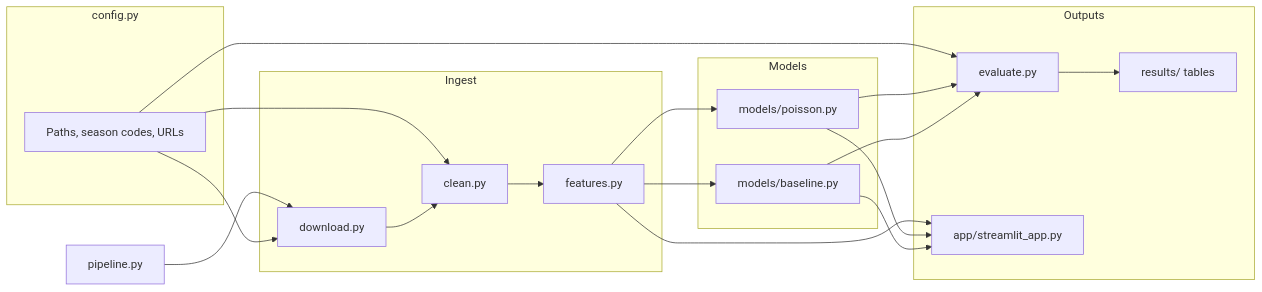
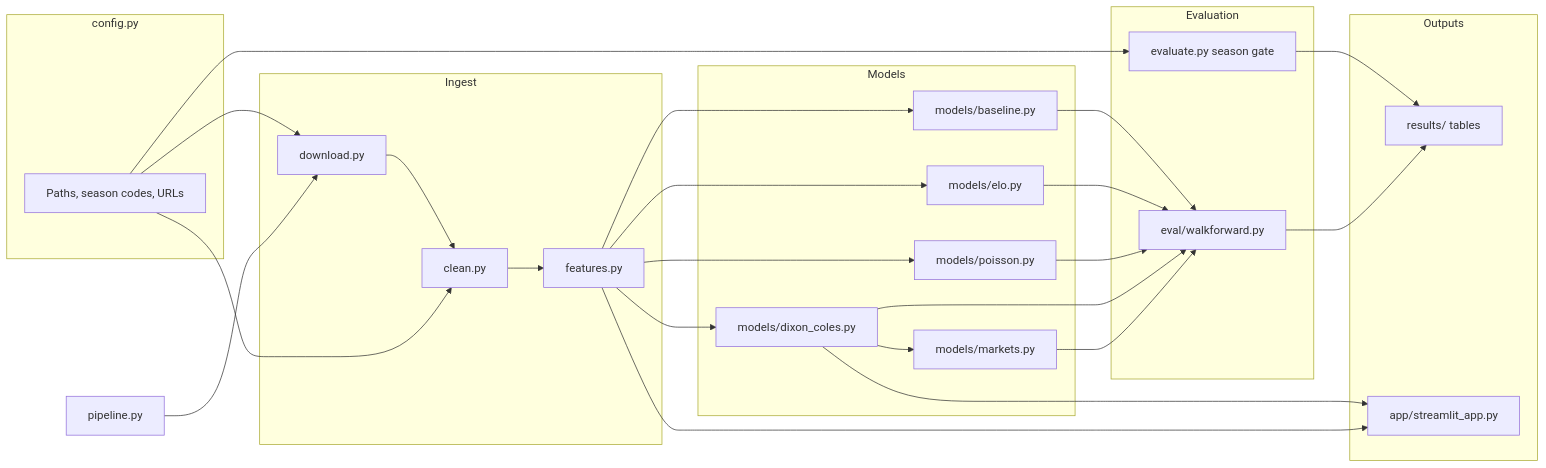
The diagram in README.md (LeonardJennnings/premier-league-prediction-engine), drawn with Mermaid before and after one commit. The commit also changed other lines of this file and 8 other files, not shown here.

````diff
--- a/README.md
+++ b/README.md
@@ -11,38 +11,51 @@
 ```mermaid
 flowchart LR
     subgraph config [config.py]
         Settings["Paths, season codes, URLs"]
     end
 
     subgraph ingest [Ingest]
         Download["download.py"]
         Clean["clean.py"]
         Features["features.py"]
     end
 
     subgraph model [Models]
+        DixonColes["models/dixon_coles.py"]
+        Markets["models/markets.py"]
         Poisson["models/poisson.py"]
+        Elo["models/elo.py"]
         Baseline["models/baseline.py"]
     end
 
+    subgraph eval [Evaluation]
+        Walkforward["eval/walkforward.py"]
+        SeasonGate["evaluate.py season gate"]
+    end
+
     subgraph out [Outputs]
-        Evaluate["evaluate.py"]
         Results["results/ tables"]
         App["app/streamlit_app.py"]
     end
 
     Pipeline["pipeline.py"] --> Download
     Settings --> Download
     Settings --> Clean
-    Settings --> Evaluate
+    Settings --> SeasonGate
     Download --> Clean
     Clean --> Features
+    Features --> DixonColes
+    DixonColes --> Markets
     Features --> Poisson
+    Features --> Elo
     Features --> Baseline
-    Poisson --> Evaluate
-    Baseline --> Evaluate
-    Evaluate --> Results
+    Markets --> Walkforward
+    DixonColes --> Walkforward
+    Poisson --> Walkforward
+    Elo --> Walkforward
+    Baseline --> Walkforward
+    Walkforward --> Results
+    SeasonGate --> Results
     Features --> App
-    Poisson --> App
-    Baseline --> App
+    DixonColes --> App
 ```
````
